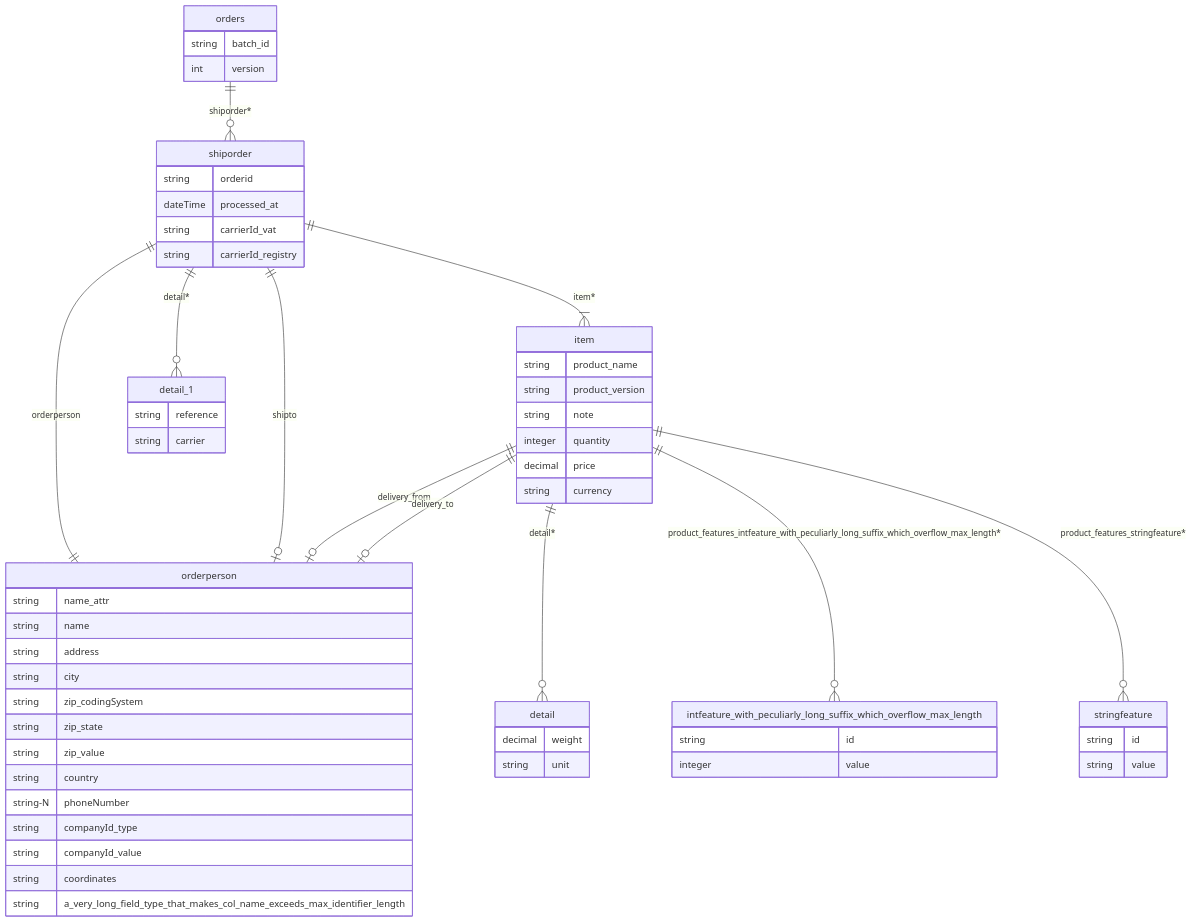
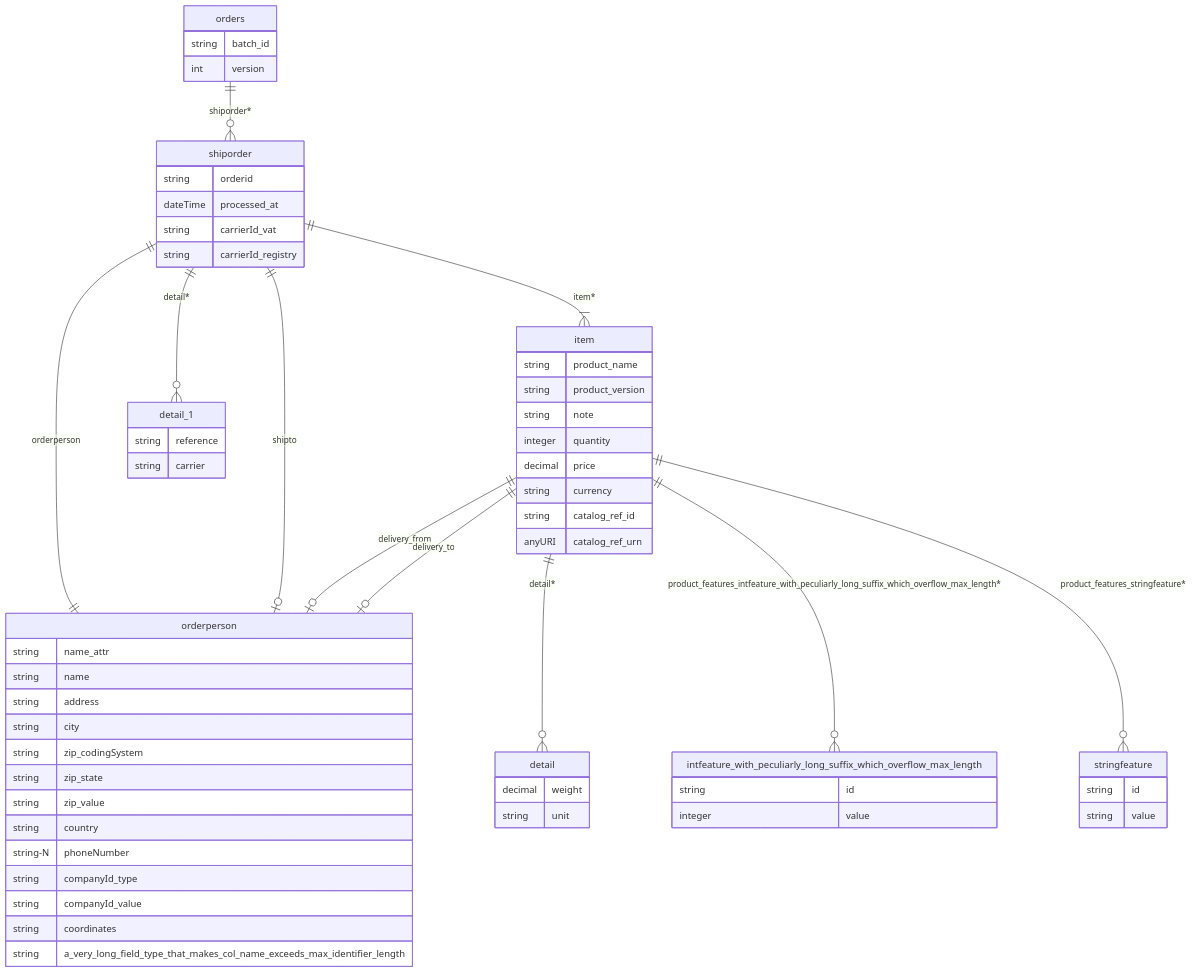
One commit to cre-dev/xml2db changed the diagram in tests/sample_models/orders/orders_erd_version0.md. Above: the diagram before and after it, drawn with Mermaid. The commit also changed 20 other files, not shown here.

````diff
--- a/tests/sample_models/orders/orders_erd_version0.md
+++ b/tests/sample_models/orders/orders_erd_version0.md
@@ -1,62 +1,64 @@
 ```mermaid
 erDiagram
     orders ||--o{ shiporder : "shiporder*"
     orders {
         string batch_id
         int version
     }
     shiporder ||--|| orderperson : "orderperson"
     shiporder ||--o| orderperson : "shipto"
     shiporder ||--|{ item : "item*"
     shiporder ||--o{ detail_1 : "detail*"
     shiporder {
         string orderid
         dateTime processed_at
         string carrierId_vat
         string carrierId_registry
     }
     item ||--o| orderperson : "delivery_from"
     item ||--o| orderperson : "delivery_to"
     item ||--o{ detail : "detail*"
     item ||--o{ intfeature_with_peculiarly_long_suffix_which_overflow_max_length : "product_features_intfeature_with_peculiarly_long_suffix_which_overflow_max_length*"
     item ||--o{ stringfeature : "product_features_stringfeature*"
     item {
         string product_name
         string product_version
         string note
         integer quantity
         decimal price
         string currency
+        string catalog_ref_id
+        anyURI catalog_ref_urn
     }
     stringfeature {
         string id
         string value
     }
     intfeature_with_peculiarly_long_suffix_which_overflow_max_length {
         string id
         integer value
     }
     detail {
         decimal weight
         string unit
     }
     detail_1 {
         string reference
         string carrier
     }
     orderperson {
         string name_attr
         string name
         string address
         string city
         string zip_codingSystem
         string zip_state
         string zip_value
         string country
         string-N phoneNumber
         string companyId_type
         string companyId_value
         string coordinates
         string a_very_long_field_type_that_makes_col_name_exceeds_max_identifier_length
     }
 ```
````
